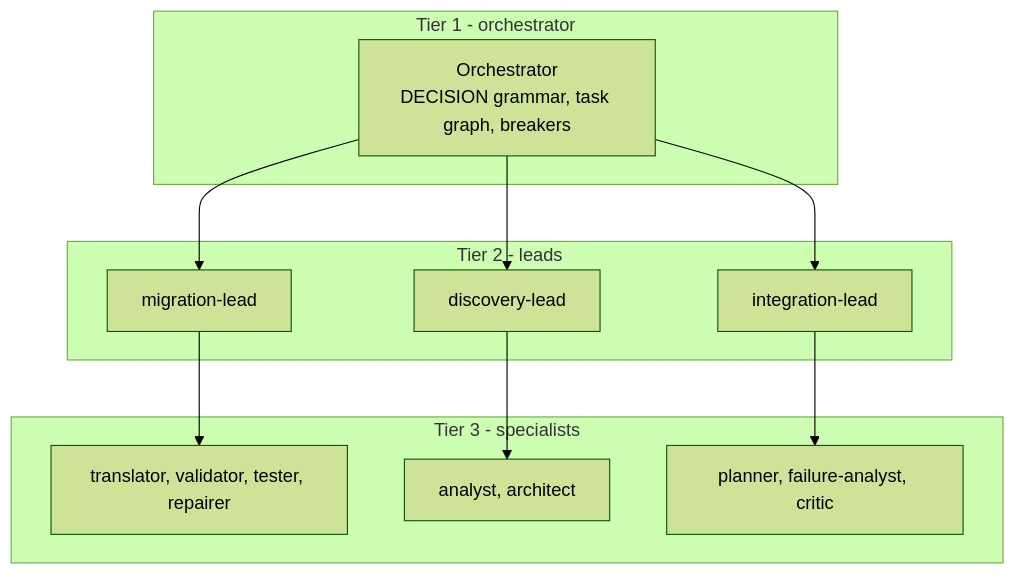
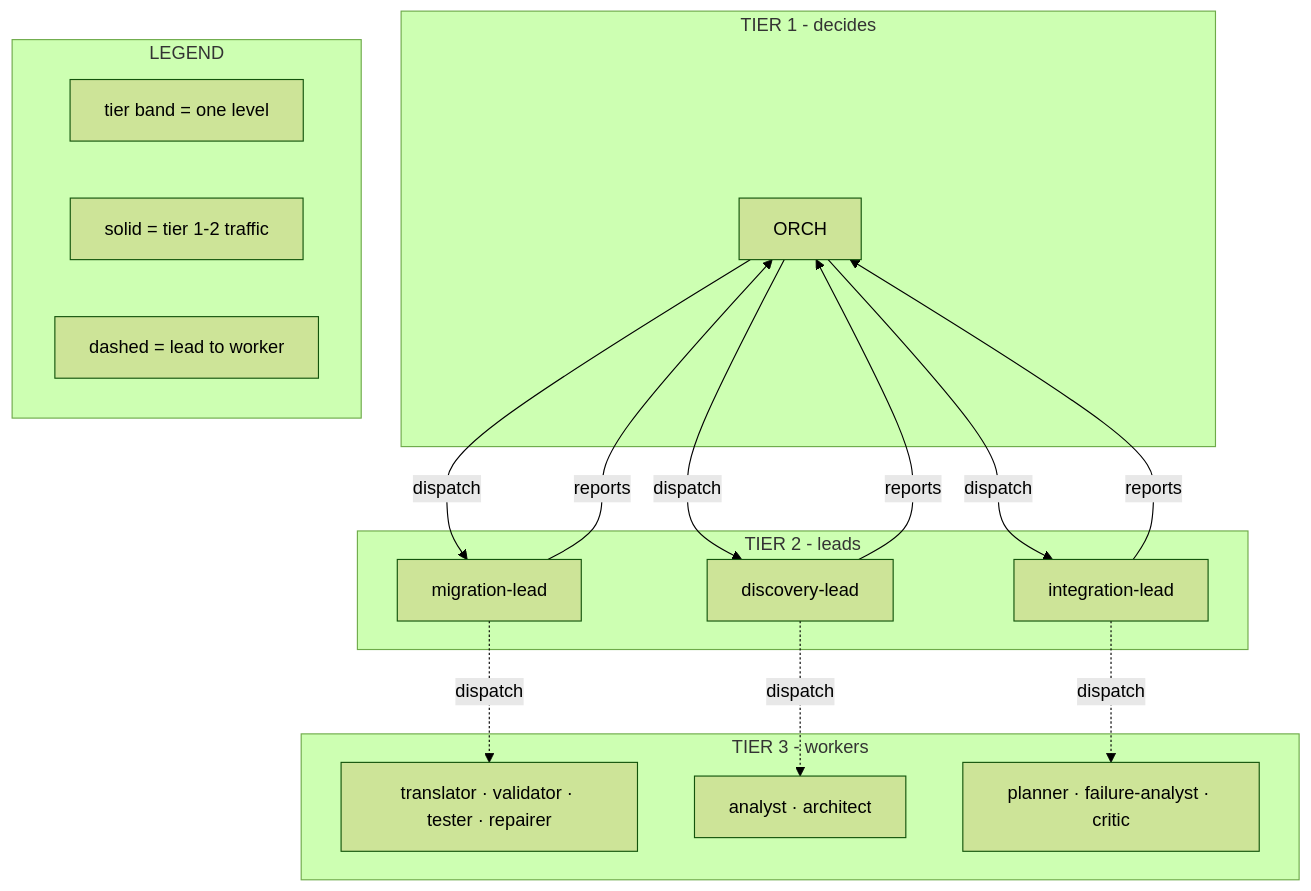
One commit to NTDuck/ARCMiS changed the second of 8 diagrams in docs/slides/slides.md. Above: the diagram before and after it, drawn with Mermaid (forest theme). The commit also changed other lines of this file and 161 other files, not shown here.

````diff
--- a/docs/slides/slides.md
+++ b/docs/slides/slides.md
@@ -103,22 +271,30 @@
 ```mermaid
 flowchart TB
-  subgraph T1["Tier 1 - orchestrator"]
-    ORCH["Orchestrator<br/>DECISION grammar, task graph, breakers"]
+  subgraph T1["TIER 1 - decides"]
+    ORCH["ORCH"]
   end
-  subgraph T2["Tier 2 - leads"]
+  subgraph T2["TIER 2 - leads"]
     L1["migration-lead"]
     L2["discovery-lead"]
     L3["integration-lead"]
   end
-  subgraph T3["Tier 3 - specialists"]
-    S1["translator, validator, tester, repairer"]
-    S2["analyst, architect"]
-    S3["planner, failure-analyst, critic"]
+  subgraph T3["TIER 3 - workers"]
+    S1["translator · validator · tester · repairer"]
+    S2["analyst · architect"]
+    S3["planner · failure-analyst · critic"]
   end
-  ORCH --> L1
-  ORCH --> L2
-  ORCH --> L3
-  L1 --> S1
-  L2 --> S2
-  L3 --> S3
+  ORCH -->|"dispatch"| L1
+  ORCH -->|"dispatch"| L2
+  ORCH -->|"dispatch"| L3
+  L1 -->|"reports"| ORCH
+  L2 -->|"reports"| ORCH
+  L3 -->|"reports"| ORCH
+  L1 -.->|"dispatch"| S1
+  L2 -.->|"dispatch"| S2
+  L3 -.->|"dispatch"| S3
+  subgraph LEGEND["LEGEND"]
+    L1x["tier band = one level"]
+    L2x["solid = tier 1-2 traffic"]
+    L3x["dashed = lead to worker"]
+  end
 ```
````
